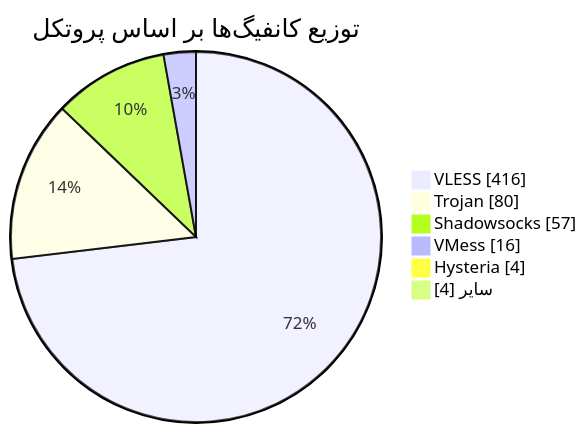
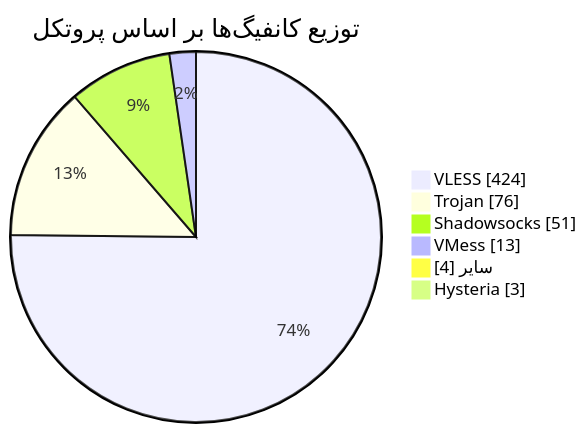
Before and after one commit to Arian-Alijani/Somthing: the diagram in README.md, drawn with Mermaid. The commit also changed other lines of this file and 17 other files, not shown here.

````diff
--- a/README.md
+++ b/README.md
@@ -48,10 +48,10 @@
 ```mermaid
 pie showData
     title توزیع کانفیگ‌ها بر اساس پروتکل
-    "VLESS" : 416
-    "Trojan" : 80
-    "Shadowsocks" : 57
-    "VMess" : 16
-    "Hysteria" : 4
+    "VLESS" : 424
+    "Trojan" : 76
+    "Shadowsocks" : 51
+    "VMess" : 13
     "سایر" : 4
+    "Hysteria" : 3
 ```
````
